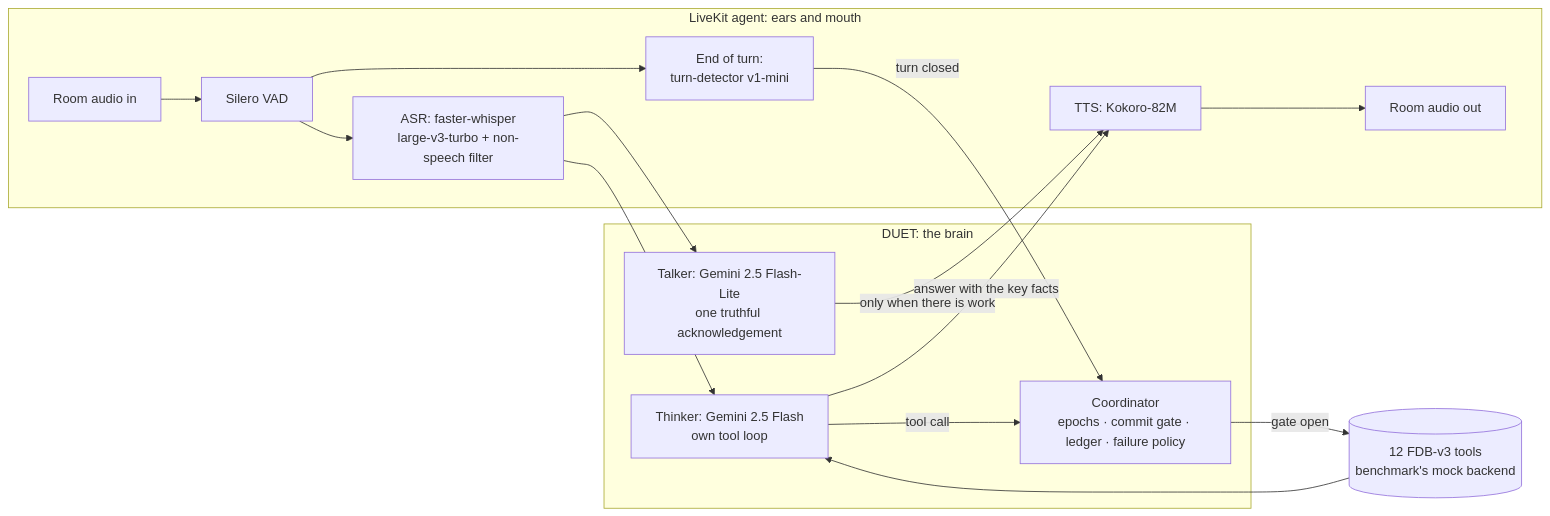
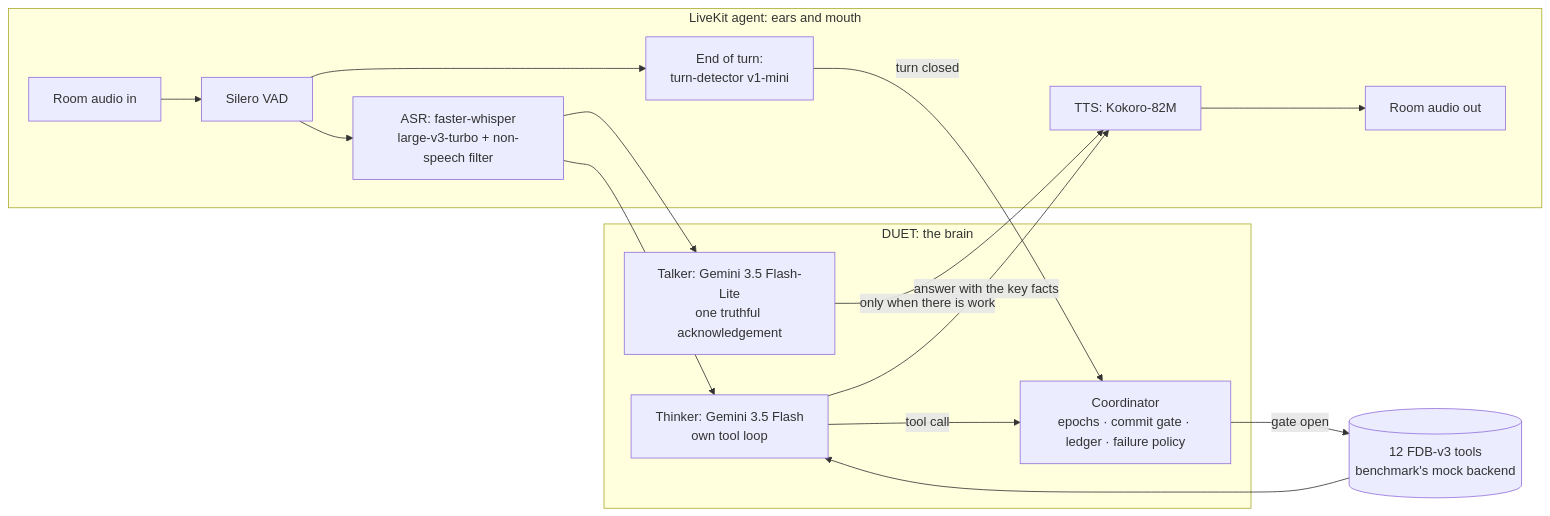
One commit to tannnmayy/DUET-SAMSUNGPRISM-HACKATHON-TEAM-SE7EN changed the diagram in README.md. Above: the diagram before and after it, drawn with Mermaid. The commit also changed other lines of this file and 11 other files, not shown here.

Commit message:
Models: move to gemini-3.5-flash / 3.5-flash-lite (2.5 Flash-Lite and Pro are closed to new users); Gemini 3 support: thought signatures kept intact, temperature policy, thinking levels; run_config records effective settings; prices for 3.x

````diff
--- a/README.md
+++ b/README.md
@@ -49,22 +49,22 @@
 ```mermaid
 flowchart LR
     subgraph LiveKit["LiveKit agent: ears and mouth"]
         A[Room audio in] --> V[Silero VAD]
         V --> S["ASR: faster-whisper<br/>large-v3-turbo + non-speech filter"]
         V --> E["End of turn:<br/>turn-detector v1-mini"]
         TTS["TTS: Kokoro-82M"] --> O[Room audio out]
     end
     subgraph DUET["DUET: the brain"]
-        T["Talker: Gemini 2.5 Flash-Lite<br/>one truthful acknowledgement"]
-        K["Thinker: Gemini 2.5 Flash<br/>own tool loop"]
+        T["Talker: Gemini 3.5 Flash-Lite<br/>one truthful acknowledgement"]
+        K["Thinker: Gemini 3.5 Flash<br/>own tool loop"]
         C["Coordinator<br/>epochs · commit gate · ledger · failure policy"]
     end
     S --> K
     S --> T
     E -->|turn closed| C
     K -->|tool call| C
     C -->|gate open| B[(12 FDB-v3 tools<br/>benchmark's mock backend)]
     B --> K
     T -->|only when there is work| TTS
     K -->|answer with the key facts| TTS
 ```
````
